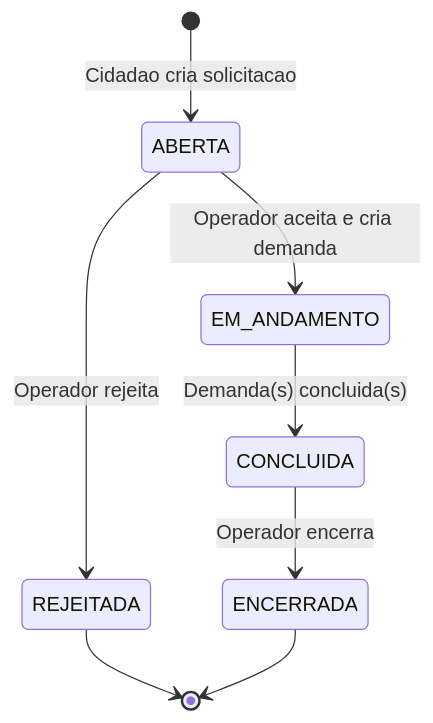
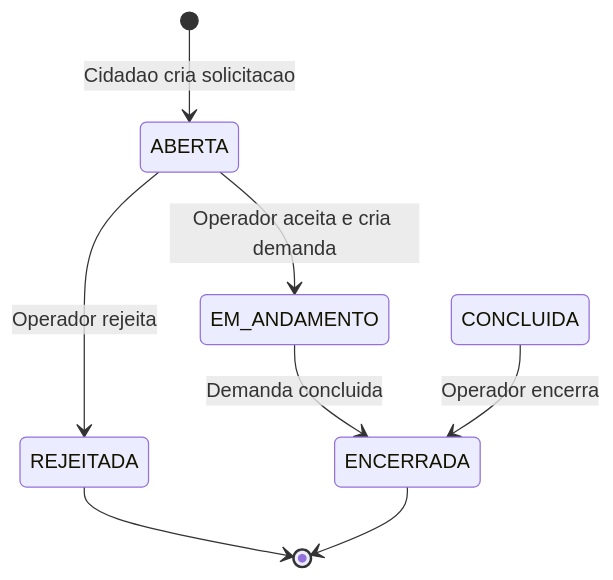
One commit to ezioaalves/SIGESI changed the second of 4 diagrams in docs/FLUXO_SOLICITACAO.md. Above: the diagram before and after it, drawn with Mermaid. The commit also changed other lines of this file and 14 other files, not shown here.

````diff
--- a/docs/FLUXO_SOLICITACAO.md
+++ b/docs/FLUXO_SOLICITACAO.md
@@ -142,10 +138,10 @@
 ```mermaid
 stateDiagram-v2
     [*] --> ABERTA : Cidadao cria solicitacao
     ABERTA --> EM_ANDAMENTO : Operador aceita e cria demanda
     ABERTA --> REJEITADA : Operador rejeita
-    EM_ANDAMENTO --> CONCLUIDA : Demanda(s) concluida(s)
+    EM_ANDAMENTO --> ENCERRADA : Demanda concluida
     CONCLUIDA --> ENCERRADA : Operador encerra
     REJEITADA --> [*]
     ENCERRADA --> [*]
 ```
````
